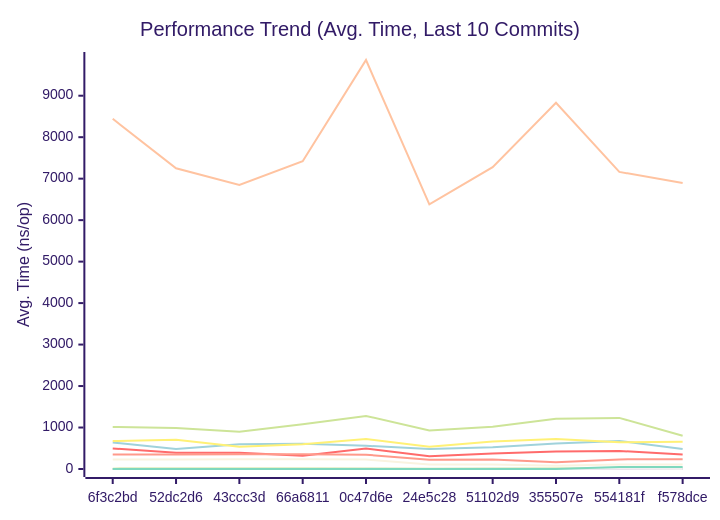
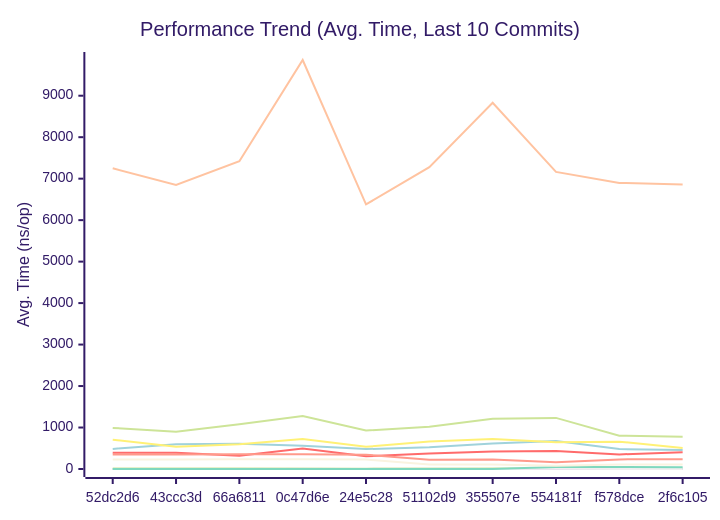
One commit to alsotoes/momo changed the first of 3 diagrams in docs/PERFORMANCE.md. Above: the diagram before and after it, drawn with Mermaid (forest theme). The commit also changed other lines of this file and 5 other files, not shown here.

````diff
--- a/docs/PERFORMANCE.md
+++ b/docs/PERFORMANCE.md
@@ -128,18 +128,18 @@
 ```mermaid
 xychart-beta
     title "Performance Trend (Avg. Time, Last 10 Commits)"
     x-axis "Commit"
     y-axis "Avg. Time (ns/op)"
-    x-axis [6f3c2bd,52dc2d6,43ccc3d,66a6811,0c47d6e,24e5c28,51102d9,355507e,554181f,f578dce]
-    line "CheckMetricsAndSwap" [9,10,11,13,13,9,12,13,13,10]
-    line "CrushOptimized" [495,390,390,319,494,306,375,422,435,352]
-    line "CrushOriginal" [637,485,595,606,560,480,523,612,676,481]
-    line "IndexDirectTracking" [0,0,0,0,1,0,0,1,1,0]
-    line "IndexSearch" [3,3,3,3,4,3,4,3,4,3]
-    line "LoadGlobalConfig" [8444,7250,6847,7422,9861,6379,7276,8830,7163,6898]
-    line "PadString" [3,3,3,3,3,3,2,3,48,47]
+    x-axis [52dc2d6,43ccc3d,66a6811,0c47d6e,24e5c28,51102d9,355507e,554181f,f578dce,2f6c105]
+    line "CheckMetricsAndSwap" [10,11,13,13,9,12,13,13,10,9]
+    line "CrushOptimized" [390,390,319,494,306,375,422,435,352,402]
+    line "CrushOriginal" [485,595,606,560,480,523,612,676,481,456]
+    line "IndexDirectTracking" [0,0,0,1,0,0,1,1,0,0]
+    line "IndexSearch" [3,3,3,4,3,4,3,4,3,3]
+    line "LoadGlobalConfig" [7250,6847,7422,9861,6379,7276,8830,7163,6898,6860]
+    line "PadString" [3,3,3,3,3,2,3,48,47,43]
     line "ParseReplicationOrder_NoPrealloc" [350,349,357,354,345,225,229,165,232,234]
     line "ParseReplicationOrder_Prealloc" [229,231,237,234,229,108,107,80,110,109]
-    line "SanitizeLog/Safe" [673,708,538,598,725,535,663,724,642,658]
-    line "SanitizeLog/Unsafe" [1013,990,899,1078,1279,926,1017,1209,1232,802]
+    line "SanitizeLog/Safe" [708,538,598,725,535,663,724,642,658,507]
+    line "SanitizeLog/Unsafe" [990,899,1078,1279,926,1017,1209,1232,802,779]
 ```
````
